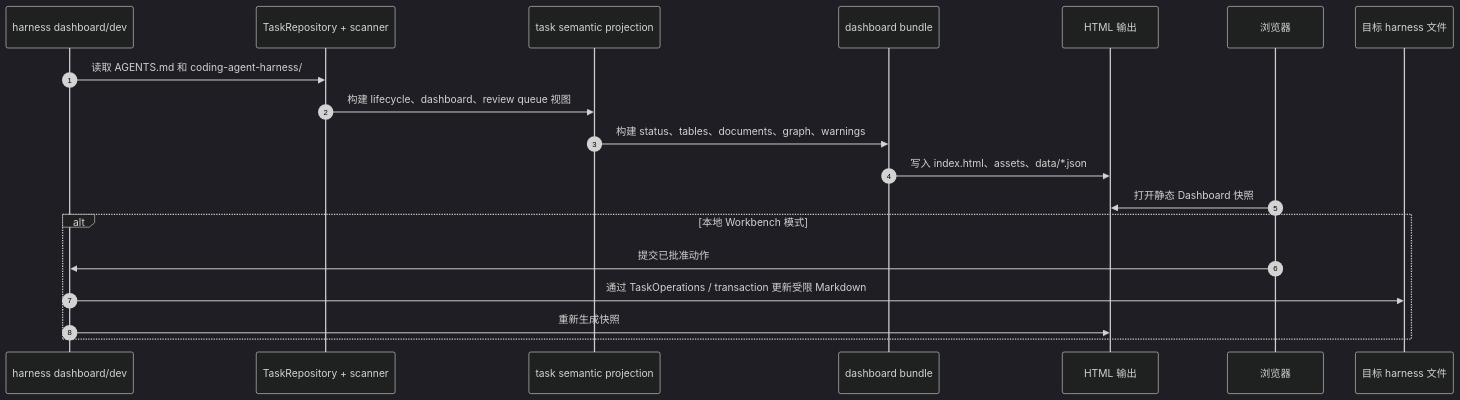
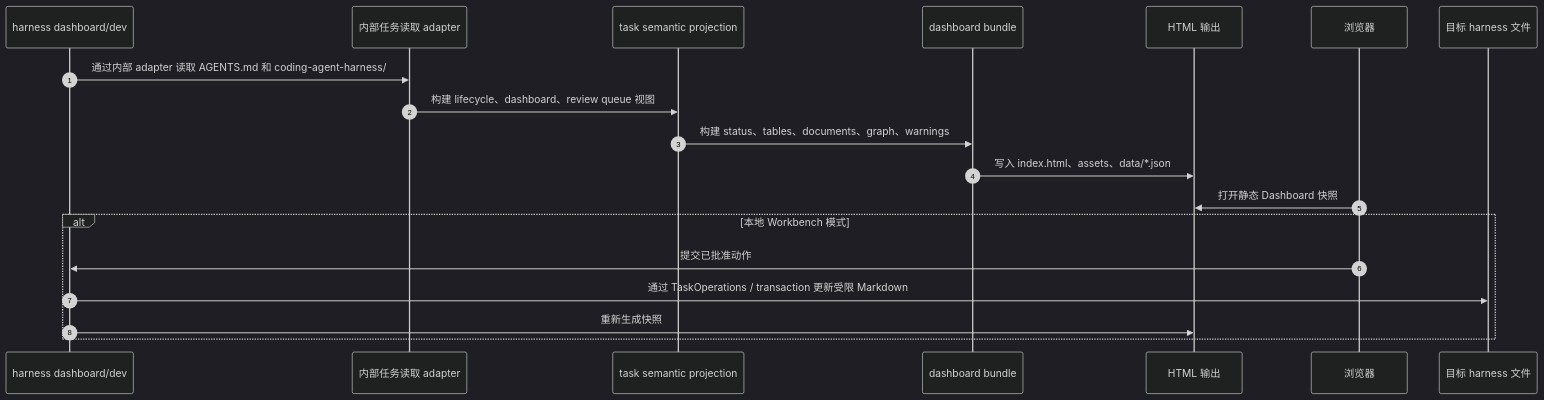
One commit to FairladyZ625/coding-agent-harness changed the fifth of 11 diagrams in docs-release/architecture/overview.zh-CN.md. Above: the diagram before and after it, drawn with Mermaid (dark theme). The commit also changed other lines of this file and 8 other files, not shown here.

Commit message:
docs(architecture): align release docs with retired package surface

````diff
--- a/docs-release/architecture/overview.zh-CN.md
+++ b/docs-release/architecture/overview.zh-CN.md
@@ -128,22 +128,22 @@
 ```mermaid
 sequenceDiagram
   autonumber
   participant CLI as harness dashboard/dev
-  participant Repo as TaskRepository + scanner
+  participant Repo as 内部任务读取 adapter
   participant Projection as task semantic projection
   participant Bundle as dashboard bundle
   participant Output as HTML 输出
   participant Browser as 浏览器
   participant Target as 目标 harness 文件
 
-  CLI->>Repo: 读取 AGENTS.md 和 coding-agent-harness/
+  CLI->>Repo: 通过内部 adapter 读取 AGENTS.md 和 coding-agent-harness/
   Repo->>Projection: 构建 lifecycle、dashboard、review queue 视图
   Projection->>Bundle: 构建 status、tables、documents、graph、warnings
   Bundle->>Output: 写入 index.html、assets、data/*.json
   Browser->>Output: 打开静态 Dashboard 快照
   alt 本地 Workbench 模式
     Browser->>CLI: 提交已批准动作
     CLI->>Target: 通过 TaskOperations / transaction 更新受限 Markdown
     CLI->>Output: 重新生成快照
   end
 ```
````
